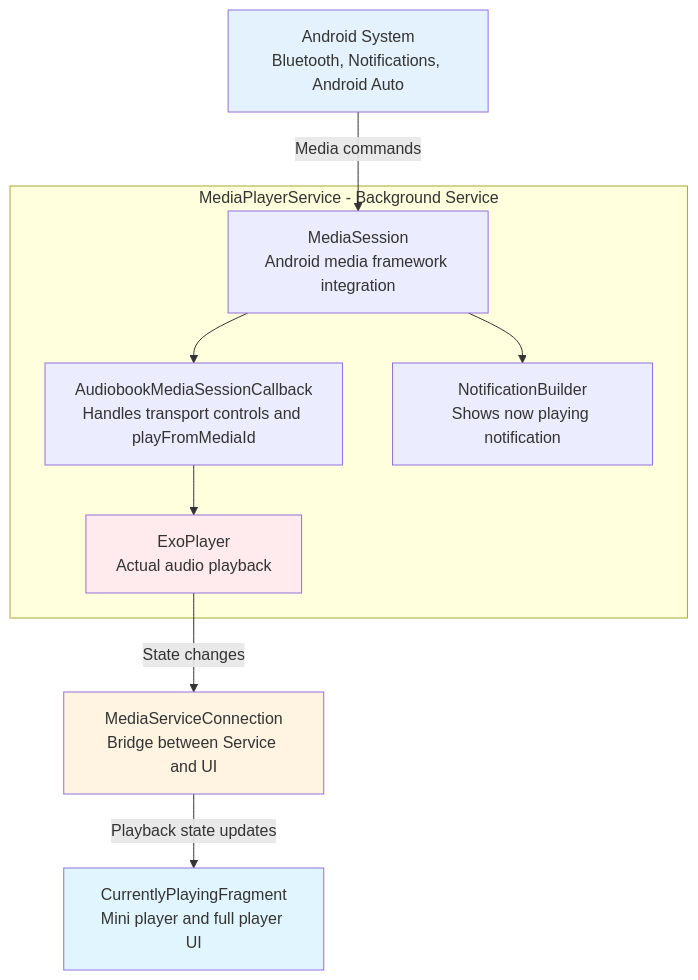
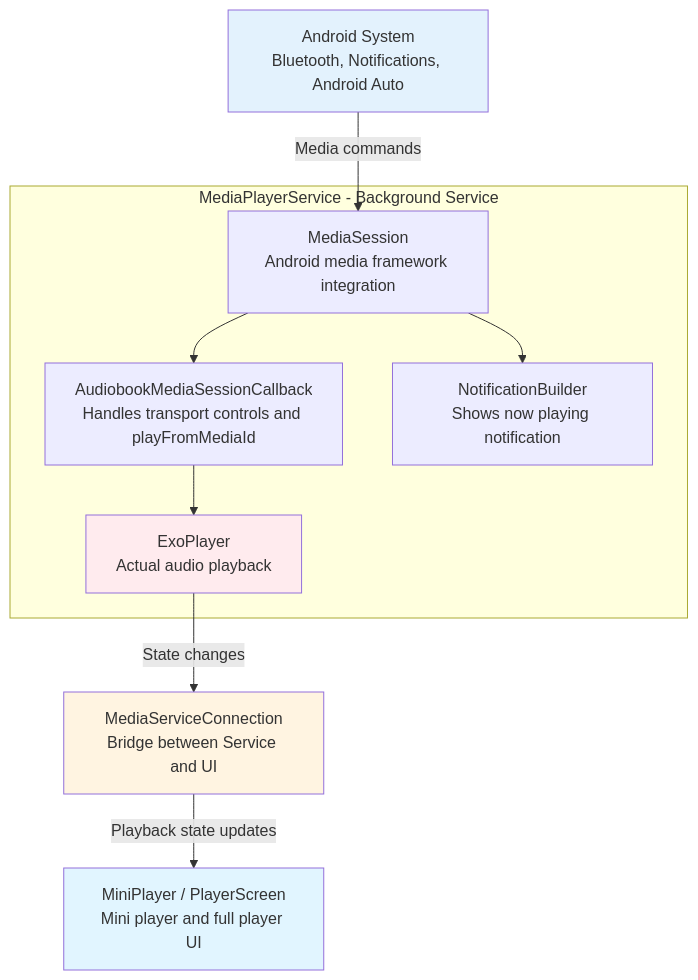
One commit to alebianco/chronicle changed the fifth of 8 diagrams in backlog/docs/reference/07-visual-guide.md. Above: the diagram before and after it, drawn with Mermaid. The commit also changed other lines of this file and 73 other files, not shown here.

````diff
--- a/backlog/docs/reference/07-visual-guide.md
+++ b/backlog/docs/reference/07-visual-guide.md
@@ -183,26 +186,26 @@
 ```mermaid
 graph TB
     A[Android System<br/>Bluetooth, Notifications, Android Auto]
     
     subgraph MediaPlayerService - Background Service
         B[MediaSession<br/>Android media framework integration]
         C[AudiobookMediaSessionCallback<br/>Handles transport controls and playFromMediaId]
         D[ExoPlayer<br/>Actual audio playback]
         E[NotificationBuilder<br/>Shows now playing notification]
     end
     
     F[MediaServiceConnection<br/>Bridge between Service and UI]
-    G[CurrentlyPlayingFragment<br/>Mini player and full player UI]
+    G[MiniPlayer / PlayerScreen<br/>Mini player and full player UI]
     
     A -->|Media commands| B
     B --> C
     C --> D
     B --> E
     F -->|Playback state updates| G
     D -->|State changes| F
     
     style A fill:#e3f2fd
     style D fill:#ffebee
     style F fill:#fff4e1
     style G fill:#e1f5ff
 ```
````
